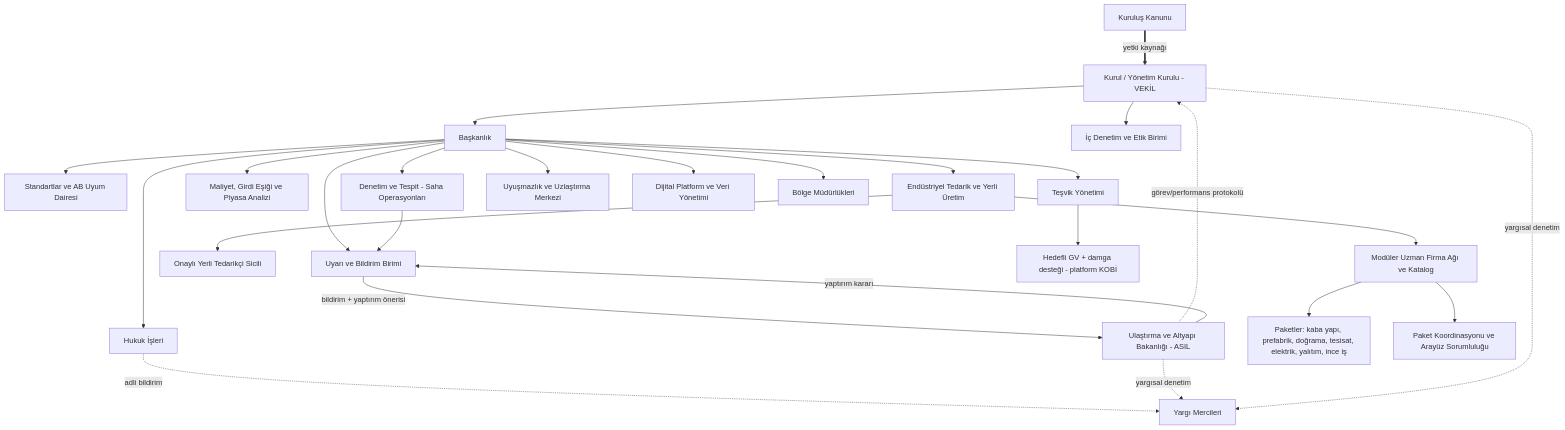
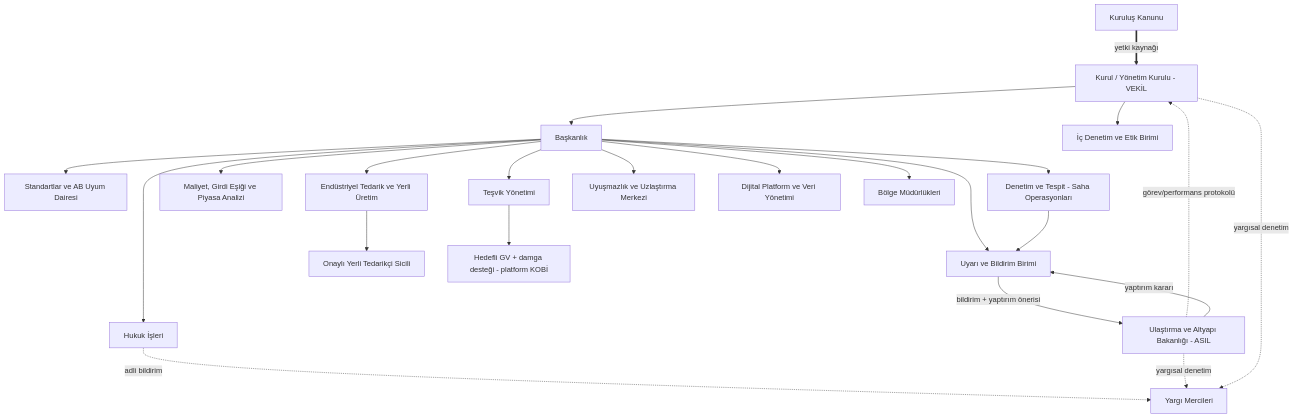
One commit to saydamonur2002-tech/belirsiz changed the second of 2 diagrams in README.md. Above: the diagram before and after it, drawn with Mermaid. The commit also changed other lines of this file and 3 other files, not shown here.

````diff
--- a/README.md
+++ b/README.md
@@ -257,28 +244,25 @@
 ```mermaid
 flowchart TD
     KK[Kuruluş Kanunu] ==>|yetki kaynağı| K
     B[Ulaştırma ve Altyapı Bakanlığı - ASIL] -. görev/performans protokolü .-> K[Kurul / Yönetim Kurulu - VEKİL]
     K --> BA[Başkanlık]
     K --> ID[İç Denetim ve Etik Birimi]
     BA --> S[Standartlar ve AB Uyum Dairesi]
     BA --> D[Denetim ve Tespit - Saha Operasyonları]
     BA --> BY[Uyarı ve Bildirim Birimi]
     BA --> M[Maliyet, Girdi Eşiği ve Piyasa Analizi]
     BA --> E[Endüstriyel Tedarik ve Yerli Üretim]
     BA --> T[Teşvik Yönetimi]
     BA --> H[Hukuk İşleri]
     BA --> U[Uyuşmazlık ve Uzlaştırma Merkezi]
     BA --> V[Dijital Platform ve Veri Yönetimi]
     BA --> R[Bölge Müdürlükleri]
     E --> TS[Onaylı Yerli Tedarikçi Sicili]
-    E --> MA[Modüler Uzman Firma Ağı ve Katalog]
-    MA --> P1[Paketler: kaba yapı, prefabrik, doğrama, tesisat, elektrik, yalıtım, ince iş]
-    MA --> PK[Paket Koordinasyonu ve Arayüz Sorumluluğu]
     T --> HD[Hedefli GV + damga desteği - platform KOBİ]
     D --> BY
     BY -->|bildirim + yaptırım önerisi| B
     B -->|yaptırım kararı| BY
     H -. adli bildirim .-> A[Yargı Mercileri]
     B -. yargısal denetim .-> A
     K -. yargısal denetim .-> A
 ```
````
